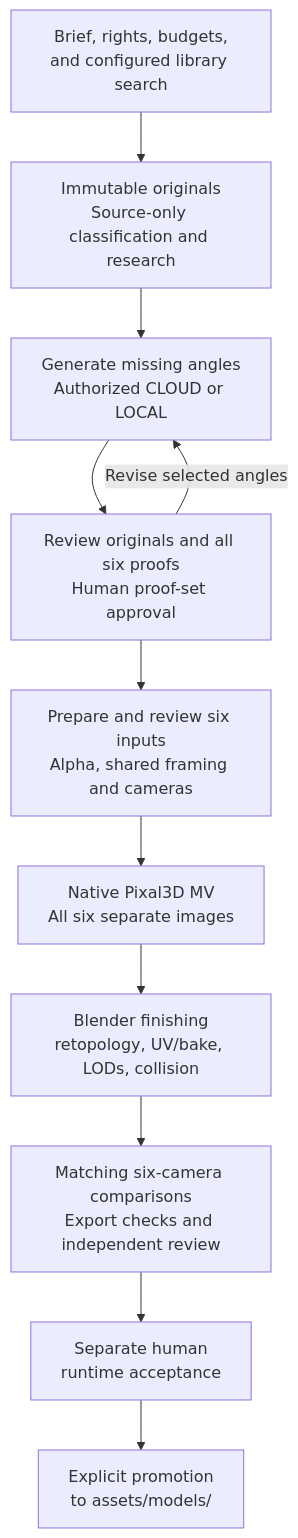
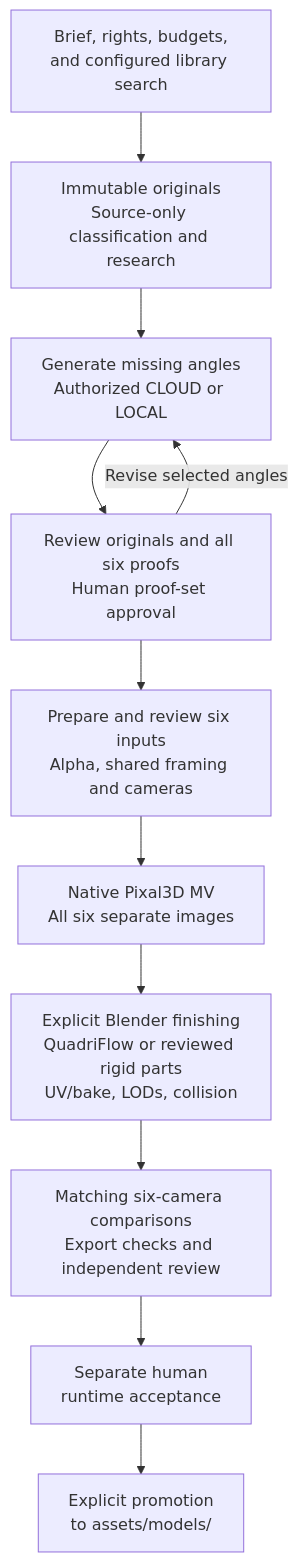
The third of 5 diagrams in README.md (TimothyMeadows/OpenCaw), drawn with Mermaid before and after one commit. The commit also changed other lines of this file and 151 other files, not shown here.

````diff
--- a/README.md
+++ b/README.md
@@ -1304,16 +1324,16 @@
 ```mermaid
 flowchart TB
     accTitle: Native proof-to-model game asset production
     accDescr: Classify only original sources, research hidden anatomy or structure, generate missing canonical views under authorized media budgets, and approve all six. Prepare six images and cameras for native multi-view reconstruction and Blender finishing. Matching six-camera review and independent review precede separate human runtime acceptance and explicit promotion. Revisions invalidate whole-set approval and dependent evidence.
 
     Brief["Brief, rights, budgets,<br/>and configured library search"] --> Sources["Immutable originals<br/>Source-only classification and research"]
     Sources --> Proofs["Generate missing angles<br/>Authorized CLOUD or LOCAL"]
     Proofs --> Set["Review originals and all six proofs<br/>Human proof-set approval"]
     Set --> Input["Prepare and review six inputs<br/>Alpha, shared framing and cameras"]
     Input --> Reconstruct["Native Pixal3D MV<br/>All six separate images"]
-    Reconstruct --> Finish["Blender finishing<br/>retopology, UV/bake, LODs, collision"]
+    Reconstruct --> Finish["Explicit Blender finishing<br/>QuadriFlow or reviewed rigid parts<br/>UV/bake, LODs, collision"]
     Finish --> Review["Matching six-camera comparisons<br/>Export checks and independent review"]
     Review --> Accept["Separate human<br/>runtime acceptance"]
     Accept --> Promote["Explicit promotion<br/>to assets/models/"]
     Set -->|Revise selected angles| Proofs
 ```
````
